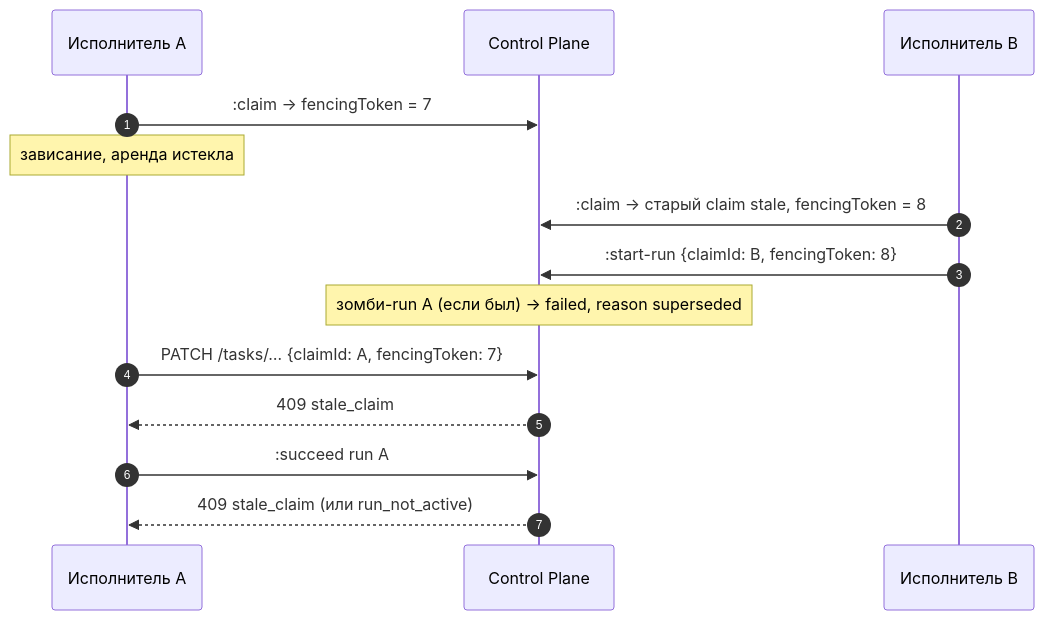
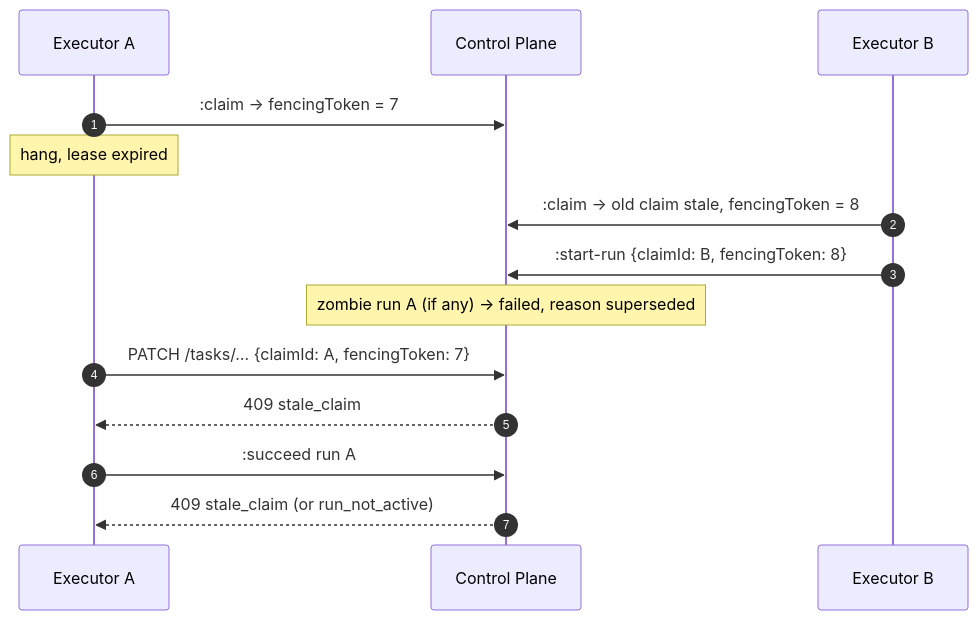
Before and after one commit to monthu56/taimen: the third of 6 diagrams in guide/docs/control-plane/execution.md, drawn with Mermaid. The commit also changed other lines of this file and 183 other files, not shown here.

````diff
--- a/guide/docs/control-plane/execution.md
+++ b/guide/docs/control-plane/execution.md
@@ -191,16 +192,16 @@
 ```mermaid
 sequenceDiagram
     autonumber
-    participant A as Исполнитель A
+    participant A as Executor A
     participant CP as Control Plane
-    participant B as Исполнитель B
+    participant B as Executor B
     A->>CP: :claim → fencingToken = 7
-    Note over A: зависание, аренда истекла
-    B->>CP: :claim → старый claim stale, fencingToken = 8
+    Note over A: hang, lease expired
+    B->>CP: :claim → old claim stale, fencingToken = 8
     B->>CP: :start-run {claimId: B, fencingToken: 8}
-    Note over CP: зомби-run A (если был) → failed, reason superseded
+    Note over CP: zombie run A (if any) → failed, reason superseded
     A->>CP: PATCH /tasks/… {claimId: A, fencingToken: 7}
     CP-->>A: 409 stale_claim
     A->>CP: :succeed run A
-    CP-->>A: 409 stale_claim (или run_not_active)
+    CP-->>A: 409 stale_claim (or run_not_active)
 ```
````
